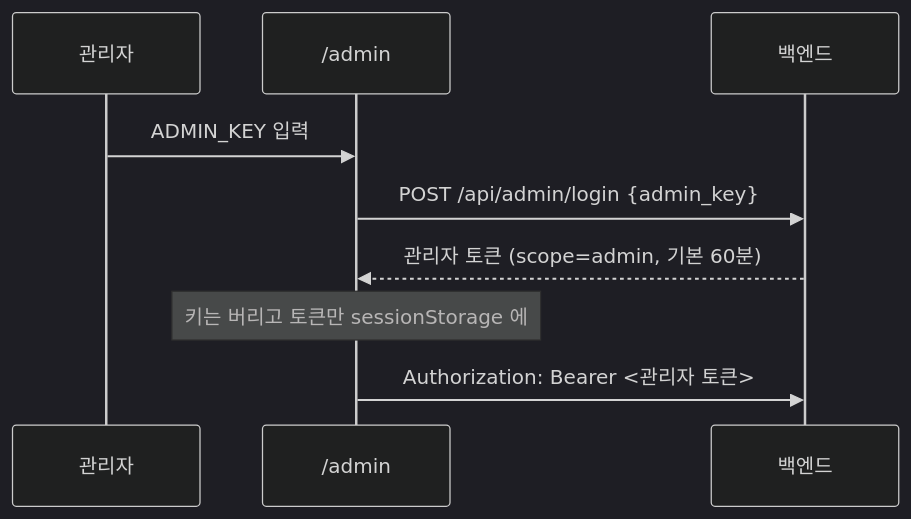
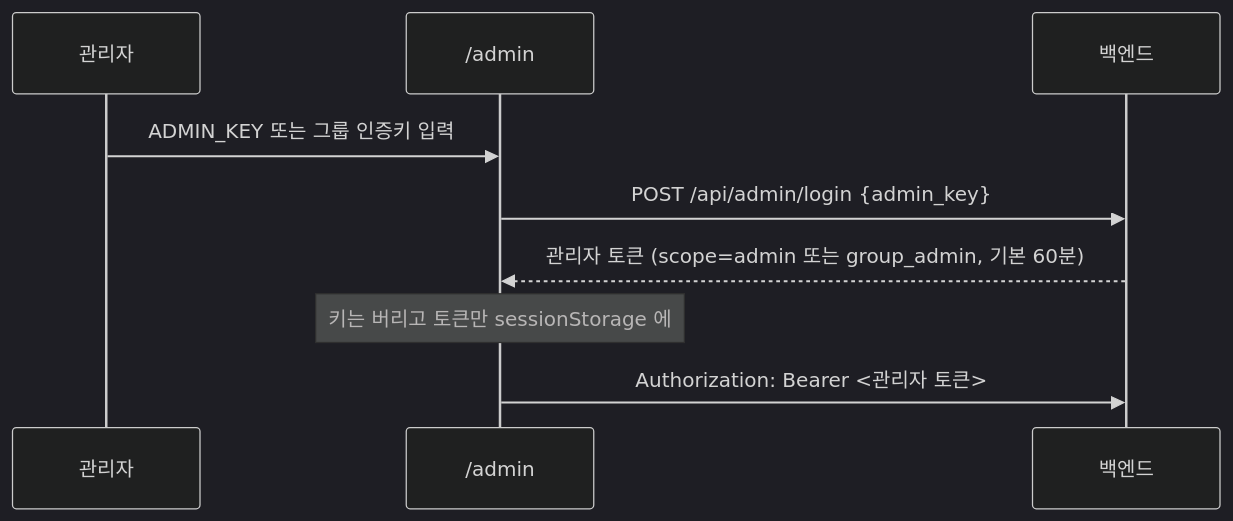
The diagram in docs/admin-console.md (s2ngK/claude-asset-man), drawn with Mermaid (dark theme) before and after one commit. The commit also changed other lines of this file and 14 other files, not shown here.

````diff
--- a/docs/admin-console.md
+++ b/docs/admin-console.md
@@ -13,12 +24,12 @@
 ```mermaid
 sequenceDiagram
     participant U as 관리자
     participant A as /admin
     participant S as 백엔드
 
-    U->>A: ADMIN_KEY 입력
+    U->>A: ADMIN_KEY 또는 그룹 인증키 입력
     A->>S: POST /api/admin/login {admin_key}
-    S-->>A: 관리자 토큰 (scope=admin, 기본 60분)
+    S-->>A: 관리자 토큰 (scope=admin 또는 group_admin, 기본 60분)
     Note over A: 키는 버리고 토큰만 sessionStorage 에
     A->>S: Authorization: Bearer <관리자 토큰>
 ```
````
